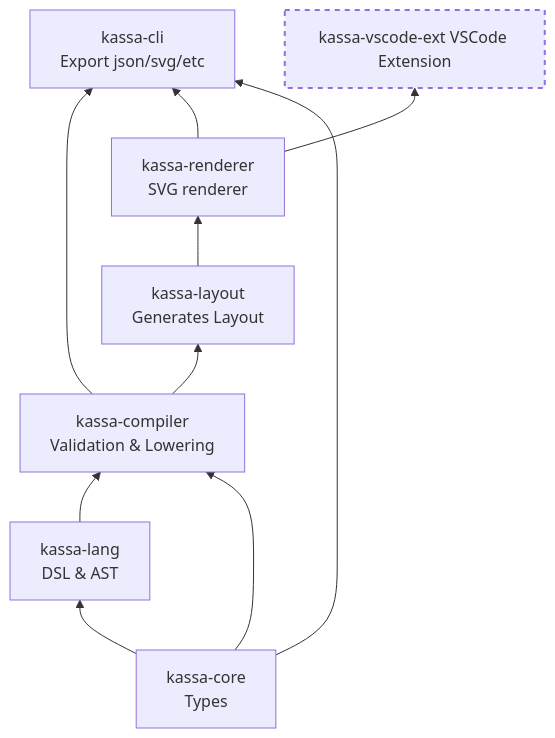
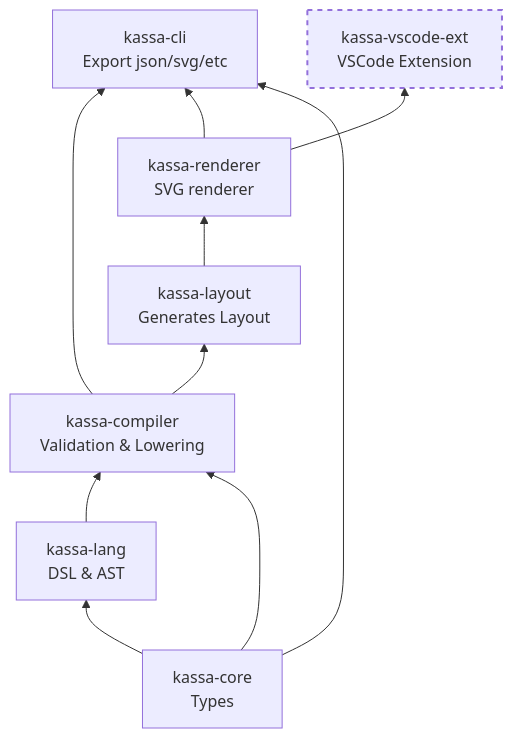
The second of 2 diagrams in README.md (Kheirlb/kassa), drawn with Mermaid before and after one commit. The commit also changed other lines of this file and 1 other file, not shown here.

````diff
--- a/README.md
+++ b/README.md
@@ -33,27 +33,27 @@
 ```mermaid
 flowchart BT
     core[kassa-core<br/>Types]
     lang[kassa-lang<br/>DSL & AST]
     compiler[kassa-compiler<br/>Validation & Lowering]
     layout[kassa-layout<br/>Generates Layout]
     render[kassa-renderer<br/>SVG renderer]
     cli[kassa-cli<br/>Export json/svg/etc]
-    vscode[kassa-vscode-ext VSCode Extension]
+    vscode[kassa-vscode-ext<br/>VSCode Extension]
 
     core --> lang
     lang --> compiler
     core --> compiler
 
     compiler --> layout
     layout --> render
     compiler --> cli
 
     render --> cli
     core --> cli
 
     render --> vscode
 
     classDef todo stroke-width:2px,stroke-dasharray:5 5;
 
     class vscode todo
 ```
````
